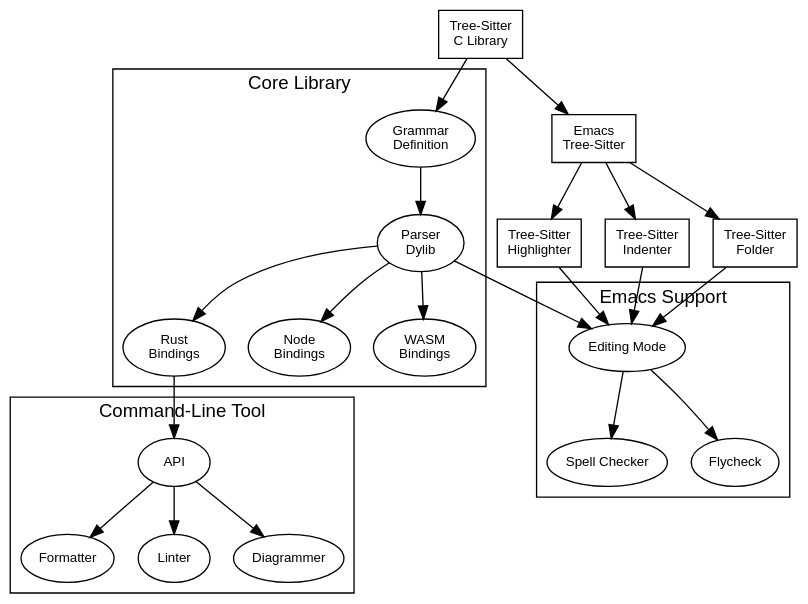
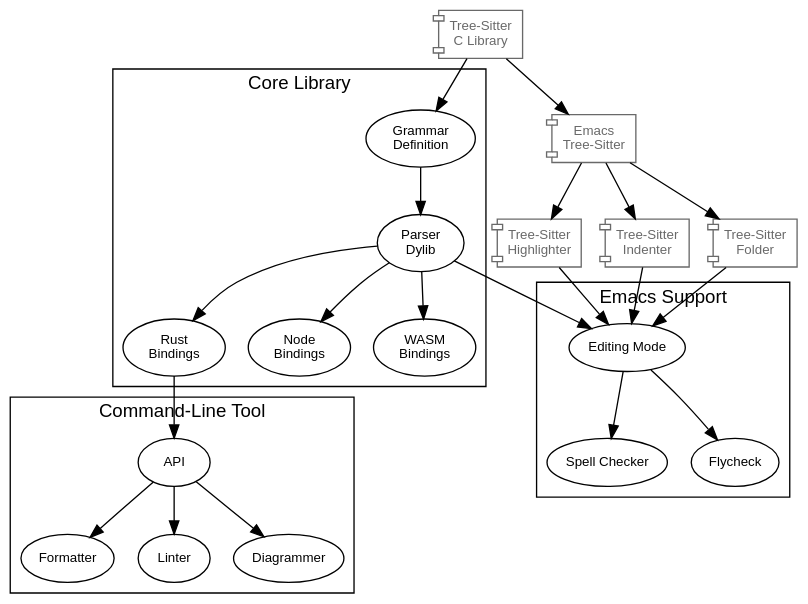
The diagram in docs/implementation.org (sdm-lang/tree-sitter-sdml), drawn with Graphviz before and after one commit. The commit also changed other lines of this file and 9 other files, not shown here.

```diff
--- a/docs/implementation.org
+++ b/docs/implementation.org
@@ -8,64 +12,63 @@
 #+BEGIN_SRC dot :file implementation-overview.png :exports results
 digraph G {
     bgcolor="transparent";
     rankdir="TB";
     fontname="Helvetica,Arial,sans-serif";
     node [fontname="Helvetica,Arial,sans-serif"; fontsize=10];
-    edge [fontname="Helvetica,Arial,sans-serif"; fontsize=9; fontcolor="dimgrey"; labelfontcolor="blue"; labeldistance=2.0];
 
     subgraph cluster_0 {
         label = "Core Library";
         grammar [label="Grammar\nDefinition"];
         parser [label="Parser\nDylib"];
         rust [label="Rust\nBindings"];
         npm [label="Node\nBindings"];
         wasm [label="WASM\nBindings"];
 
         grammar -> parser;
         parser -> rust;
         parser -> npm;
         parser -> wasm;
     }
 
-    treesit [shape=rect; label="Tree-Sitter\nC Library"];
+    treesit [shape=component; label="Tree-Sitter\nC Library"; color="dimgrey"; fontcolor="dimgrey";];
     treesit -> grammar;
 
     subgraph cluster_1 {
         label = "Emacs Support";
         emode [label="Editing Mode"];
         spell [label="Spell Checker"];
         flycheck [label="Flycheck"];
         emode -> spell;
         emode -> flycheck;
 
         parser -> emode;
     }
 
-    ets [shape=rect; label="Emacs\nTree-Sitter"];
-    ets_hl [shape=rect; label="Tree-Sitter\nHighlighter"];
-    ets_indent [shape=rect; label="Tree-Sitter\nIndenter"];
-    ets_fold [shape=rect; label="Tree-Sitter\nFolder"];
+    ets [shape=component; label="Emacs\nTree-Sitter"; color="dimgrey"; fontcolor="dimgrey";];
+    ets_hl [shape=component; label="Tree-Sitter\nHighlighter"; color="dimgrey"; fontcolor="dimgrey";];
+    ets_indent [shape=component; label="Tree-Sitter\nIndenter"; color="dimgrey"; fontcolor="dimgrey";];
+    ets_fold [shape=component; label="Tree-Sitter\nFolder"; color="dimgrey"; fontcolor="dimgrey";];
 
     treesit -> ets;
     ets -> ets_hl;
     ets -> ets_indent;
     ets -> ets_fold;
 
     ets_hl -> emode;
     ets_indent -> emode;
     ets_fold -> emode;
 
     subgraph cluster_2 {
         label = "Command-Line Tool";
         api [label="API"];
         fmt [label="Formatter"];
         linter [label="Linter"];
         diagrams [label="Diagrammer"];
 
         rust -> api;
         api -> fmt;
         api -> linter;
         api -> diagrams;
     }
 }
 #+END_SRC
```
